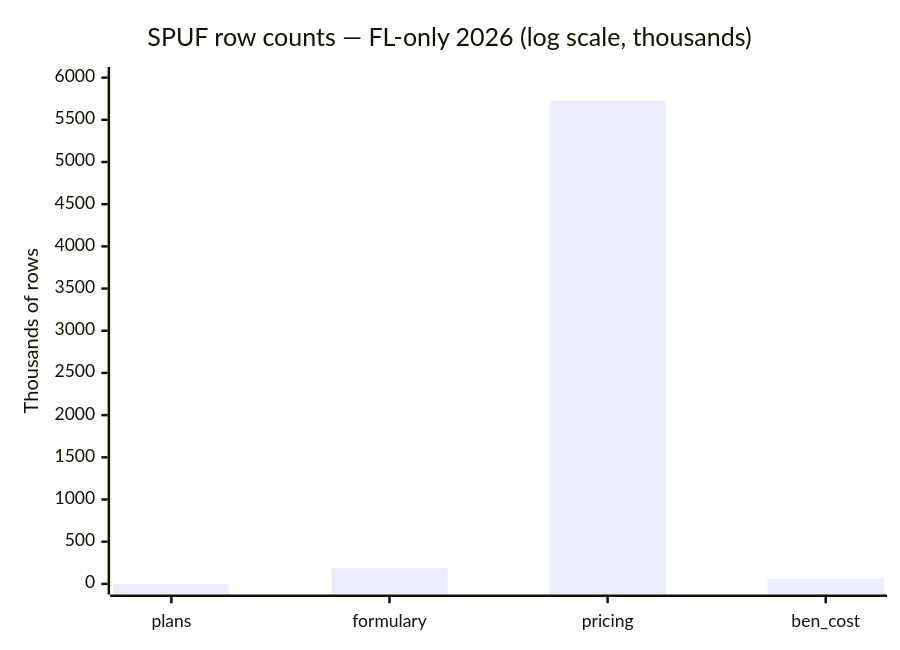
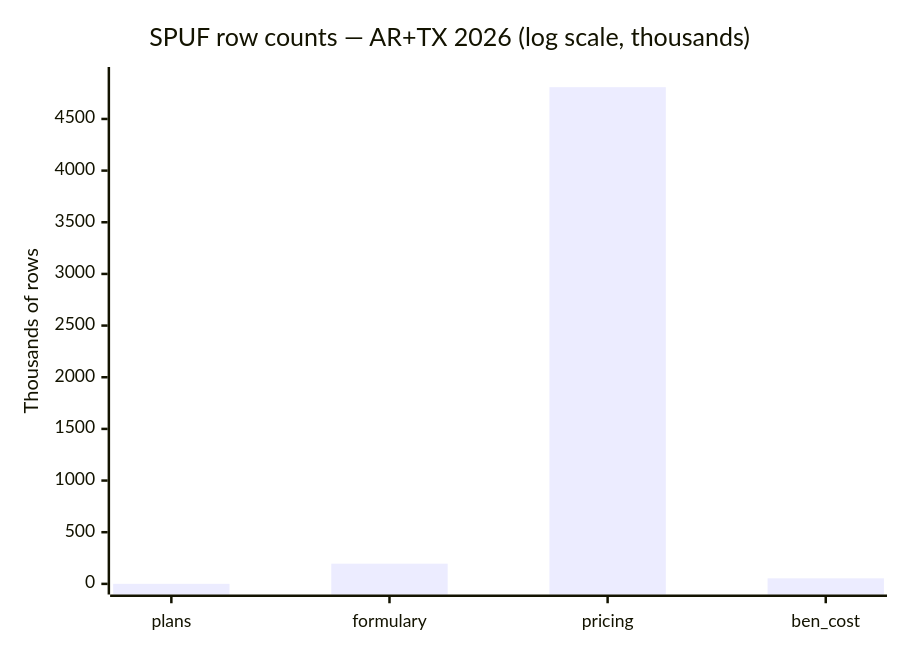
The seventh of 11 diagrams in docs/developer-guide.md (SreeCodes2021/Medicare-drug-cost-navigator), drawn with Mermaid before and after one commit. The commit also changed other lines of this file and 15 other files, not shown here.

````diff
--- a/docs/developer-guide.md
+++ b/docs/developer-guide.md
@@ -533,7 +533,7 @@
 ```mermaid
 xychart-beta
-    title "SPUF row counts — FL-only 2026 (log scale, thousands)"
+    title "SPUF row counts — AR+TX 2026 (log scale, thousands)"
     x-axis [plans, formulary, pricing, ben_cost]
-    y-axis "Thousands of rows" 0 --> 6000
-    bar [0.572, 188.8, 5726.9, 60.3]
+    y-axis "Thousands of rows" 0 --> 4900
+    bar [0.462, 195.5, 4807.6, 53.5]
 ```
````
